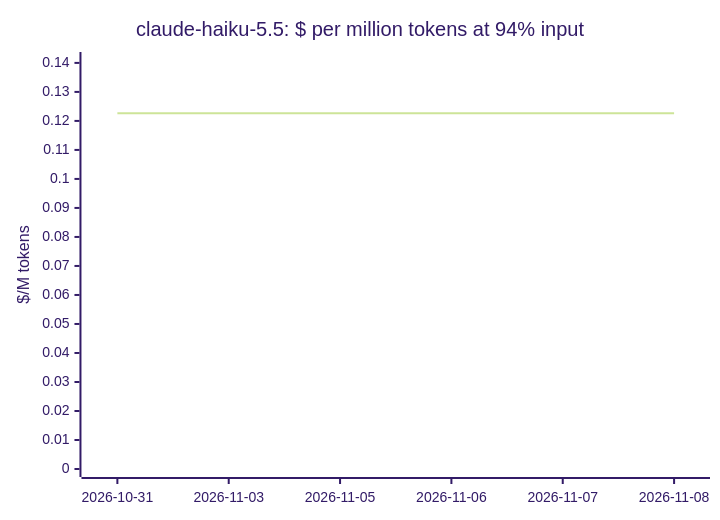
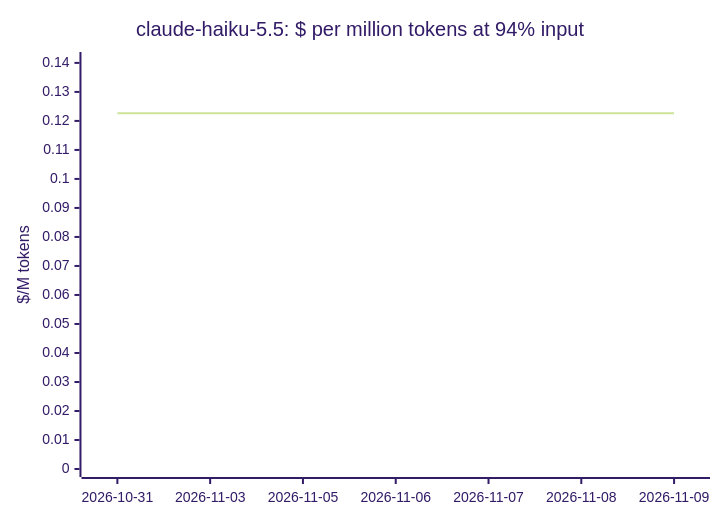
One commit to cklukas/OMEGA_TRANSFORM changed the fifth of 20 diagrams in docs/openrouter-models.md. Above: the diagram before and after it, drawn with Mermaid (forest theme). The commit also changed other lines of this file and 47 other files, not shown here.

````diff
--- a/docs/openrouter-models.md
+++ b/docs/openrouter-models.md
@@ -176,7 +176,7 @@
 ```mermaid
 xychart-beta
     title "claude-haiku-5.5: $ per million tokens at 94% input"
-    x-axis ["2026-10-31", "2026-11-03", "2026-11-05", "2026-11-06", "2026-11-07", "2026-11-08"]
+    x-axis ["2026-10-31", "2026-11-03", "2026-11-05", "2026-11-06", "2026-11-07", "2026-11-08", "2026-11-09"]
     y-axis "$/M tokens" 0 --> 0.141
-    line [0.1226, 0.1226, 0.1226, 0.1226, 0.1226, 0.1226]
+    line [0.1226, 0.1226, 0.1226, 0.1226, 0.1226, 0.1226, 0.1226]
 ```
````
